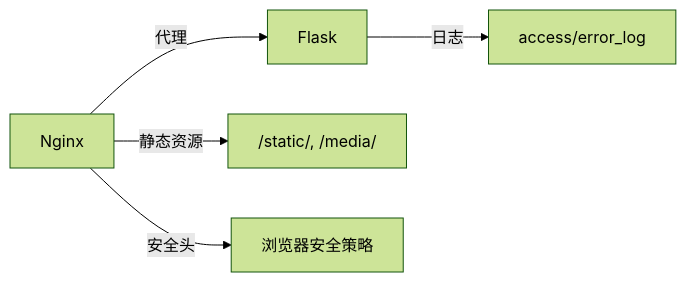
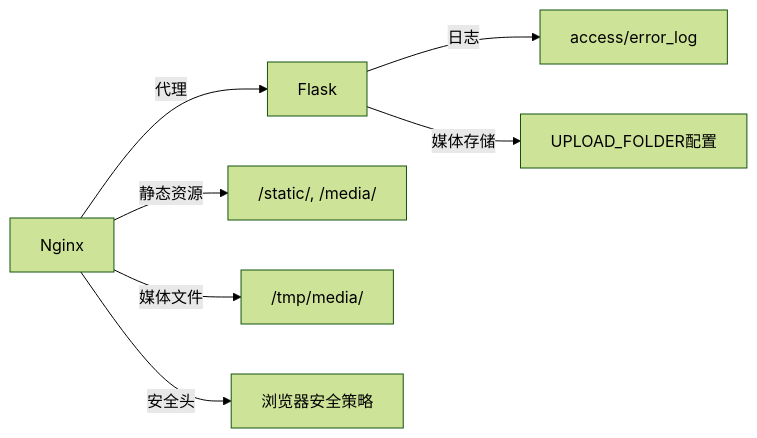
The seventh of 7 diagrams in .qoder/repowiki/zh/content/部署配置/Nginx反向代理配置.md (wyg5208/website_diy), drawn with Mermaid (forest theme) before and after one commit. The commit also changed other lines of this file and 17 other files, not shown here.

````diff
--- a/.qoder/repowiki/zh/content/部署配置/Nginx反向代理配置.md
+++ b/.qoder/repowiki/zh/content/部署配置/Nginx反向代理配置.md
@@ -222,7 +301,9 @@
 ```mermaid
 graph LR
 N["Nginx"] --> |代理| F["Flask"]
 N --> |静态资源| Static["/static/, /media/"]
+N --> |媒体文件| Media["/tmp/media/"]
 F --> |日志| L["access/error_log"]
+F --> |媒体存储| Store["UPLOAD_FOLDER配置"]
 N --> |安全头| B["浏览器安全策略"]
 ```
````
